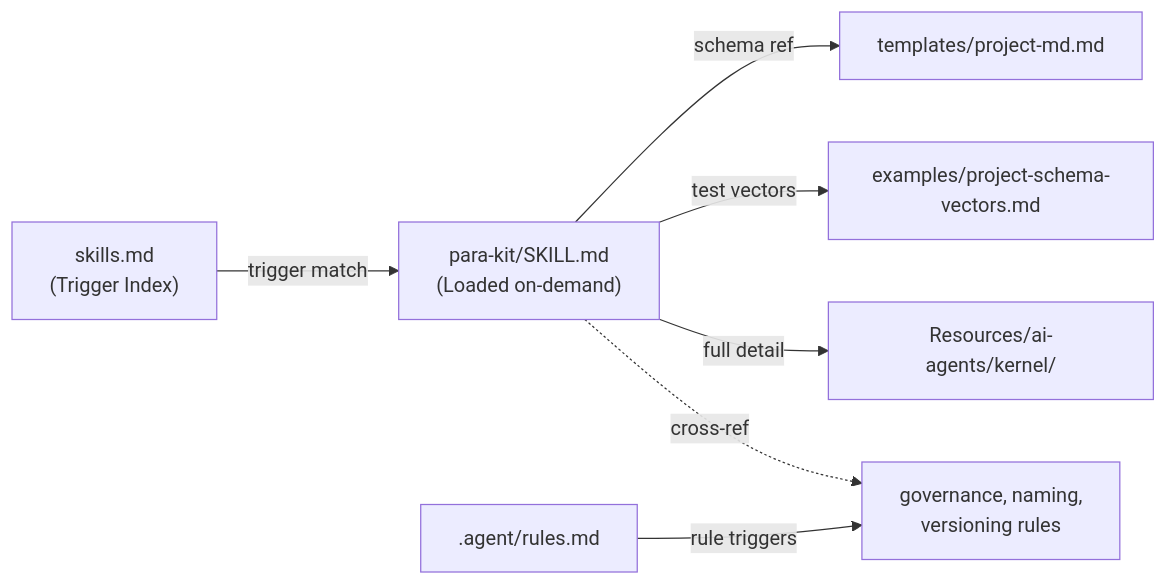
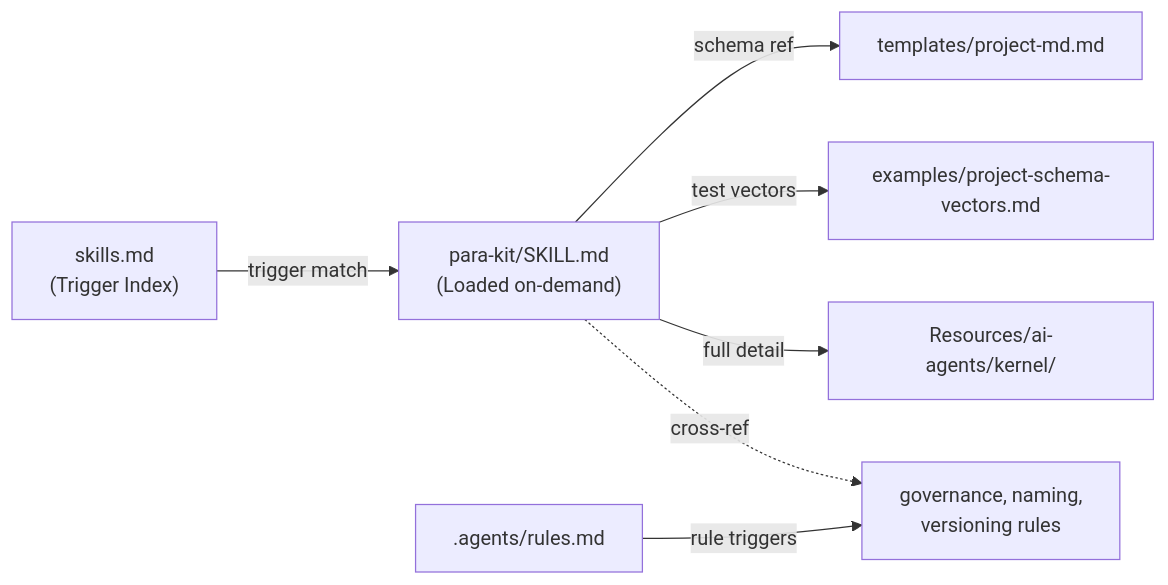
Before and after one commit to pageel/para-workspace: the diagram in docs/skills/para-kit.md, drawn with Mermaid. The commit also changed other lines of this file and 79 other files, not shown here.

First line of the commit message:
fix(BUG-28): rename .agent/ → .agents/ to match Antigravity platform convention

````diff
--- a/docs/skills/para-kit.md
+++ b/docs/skills/para-kit.md
@@ -113,9 +113,9 @@
 ```mermaid
 graph LR
     A["skills.md<br/>(Trigger Index)"] -->|trigger match| B["para-kit/SKILL.md<br/>(Loaded on-demand)"]
     B -->|schema ref| C["templates/project-md.md"]
     B -->|test vectors| D["examples/project-schema-vectors.md"]
     B -->|full detail| E["Resources/ai-agents/kernel/"]
-    F[".agent/rules.md"] -->|rule triggers| G["governance, naming,<br/>versioning rules"]
+    F[".agents/rules.md"] -->|rule triggers| G["governance, naming,<br/>versioning rules"]
     B -.->|cross-ref| G
 ```
````
